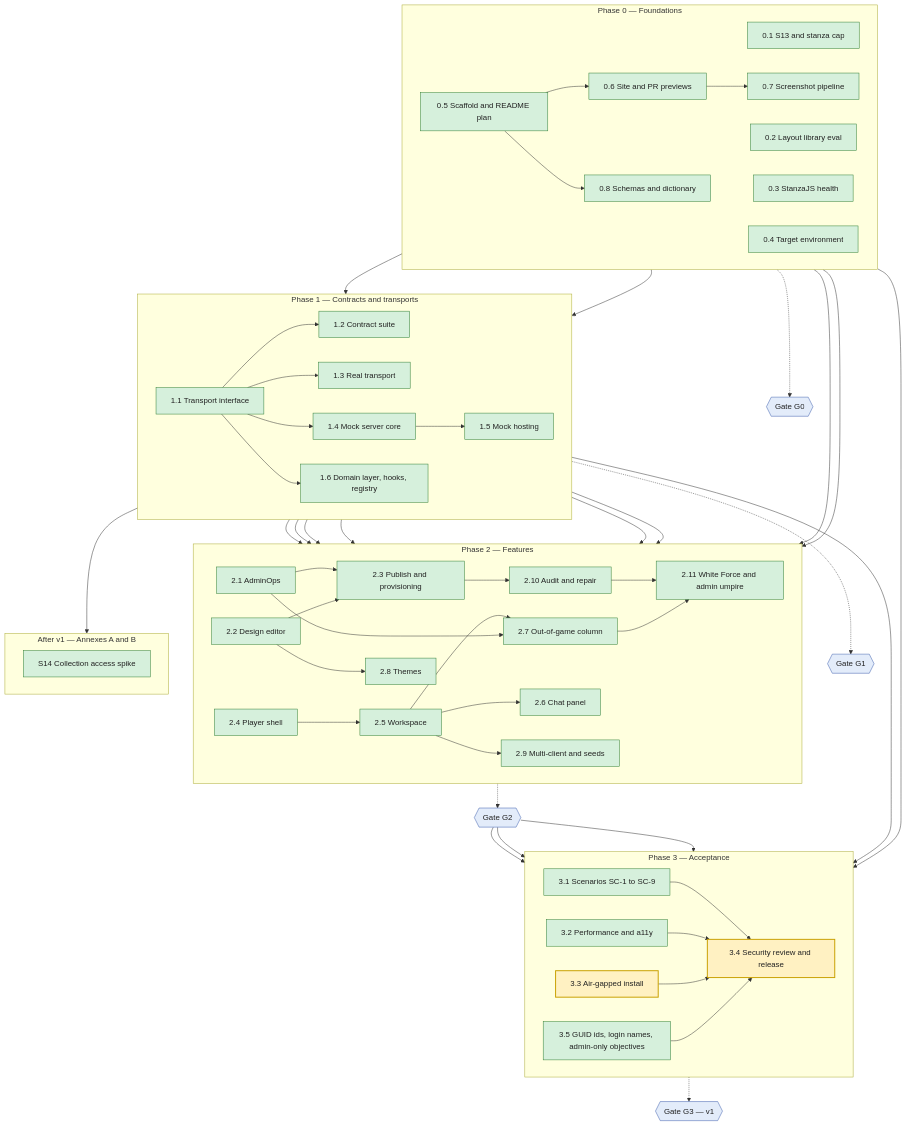
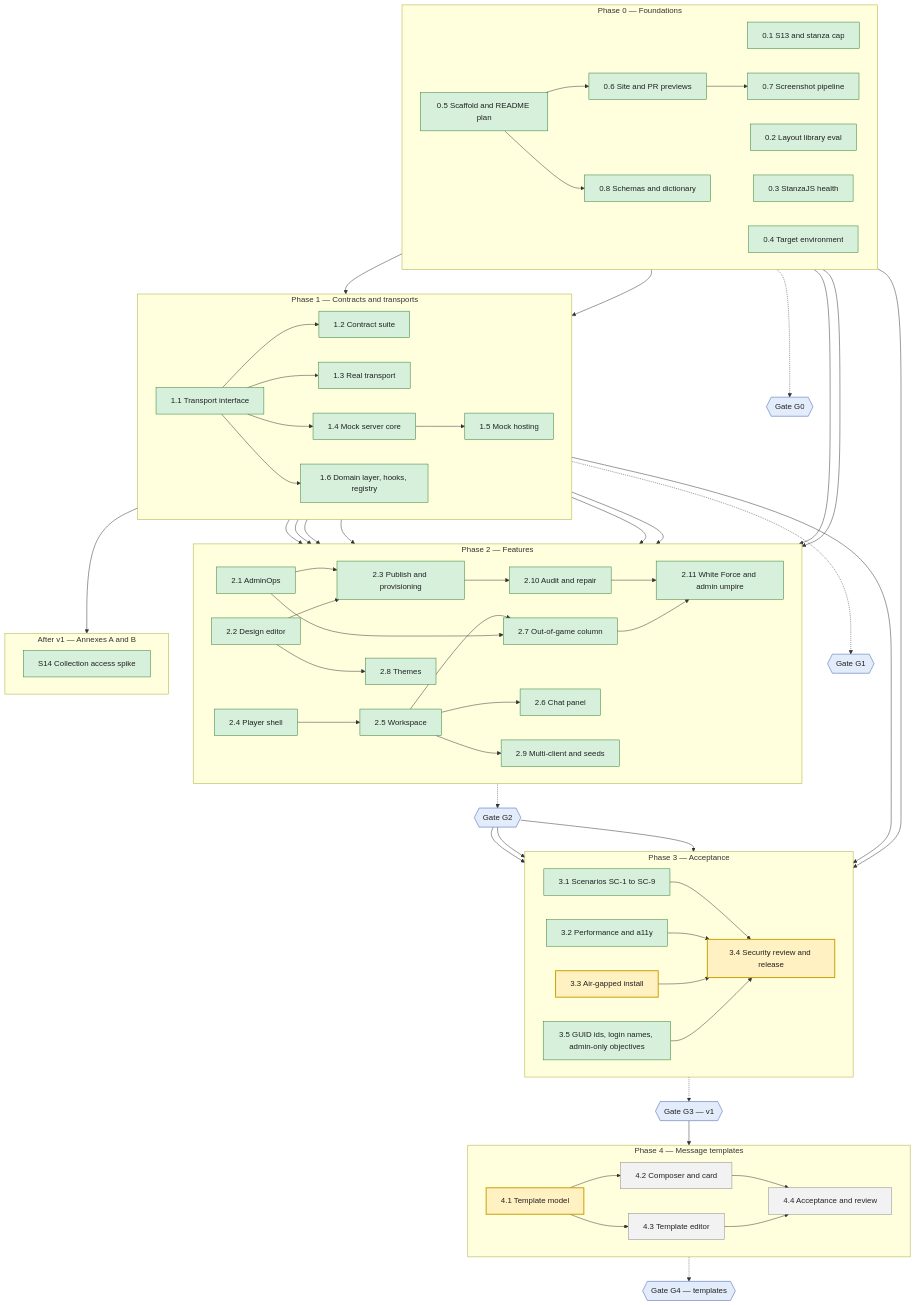
One commit to serge-web/war-rooms-x2 changed the diagram in README.md. Above: the diagram before and after it, drawn with Mermaid. The commit also changed 6 other files, not shown here.

First line of the commit message:
Phase 4 plan: message templates (Annex A) as WPs 4.1 to 4.4, with provisional answers

````diff
--- a/README.md
+++ b/README.md
@@ -50,6 +50,13 @@
         wp34["3.4 Security review and release"]
         wp35["3.5 GUID ids, login names, admin-only objectives"]
     end
+    subgraph P4["Phase 4 — Message templates"]
+        direction LR
+        wp41["4.1 Template model"]
+        wp42["4.2 Composer and card"]
+        wp43["4.3 Template editor"]
+        wp44["4.4 Acceptance and review"]
+    end
     subgraph PX["After v1 — Annexes A and B"]
         direction LR
         wps14["S14 Collection access spike"]
@@ -58,6 +65,7 @@
     G1{{"Gate G1"}}
     G2{{"Gate G2"}}
     G3{{"Gate G3 — v1"}}
+    G4{{"Gate G4 — templates"}}
 
     wp05 --> wp06 --> wp07
     wp05 --> wp08
@@ -82,12 +90,17 @@
     P2 -.-> G2
     G2 --> wp31 & wp32 & wp35
     P3 -.-> G3
+    G3 --> wp41
+    wp41 --> wp42 & wp43
+    wp42 & wp43 --> wp44
+    P4 -.-> G4
 
     classDef todo fill:#f2f2f2,stroke:#888,color:#222
     classDef active fill:#fff1c2,stroke:#c9a000,color:#222,stroke-width:2px
     classDef done fill:#d6f0dc,stroke:#2e7d32,color:#222
     classDef gate fill:#e3ecfa,stroke:#3b5bab,color:#222
-    class wp33,wp34 active
+    class wp42,wp43,wp44 todo
+    class wp33,wp34,wp41 active
     class wp01,wp02,wp03,wp04,wp05,wp06,wp07,wp08,wp11,wp12,wp13,wp14,wp15,wp16,wp21,wp22,wp23,wp24,wp25,wp26,wp27,wp28,wp29,wp210,wp211,wp31,wp32,wp35,wps14 done
-    class G0,G1,G2,G3 gate
+    class G0,G1,G2,G3,G4 gate
 ```
````
